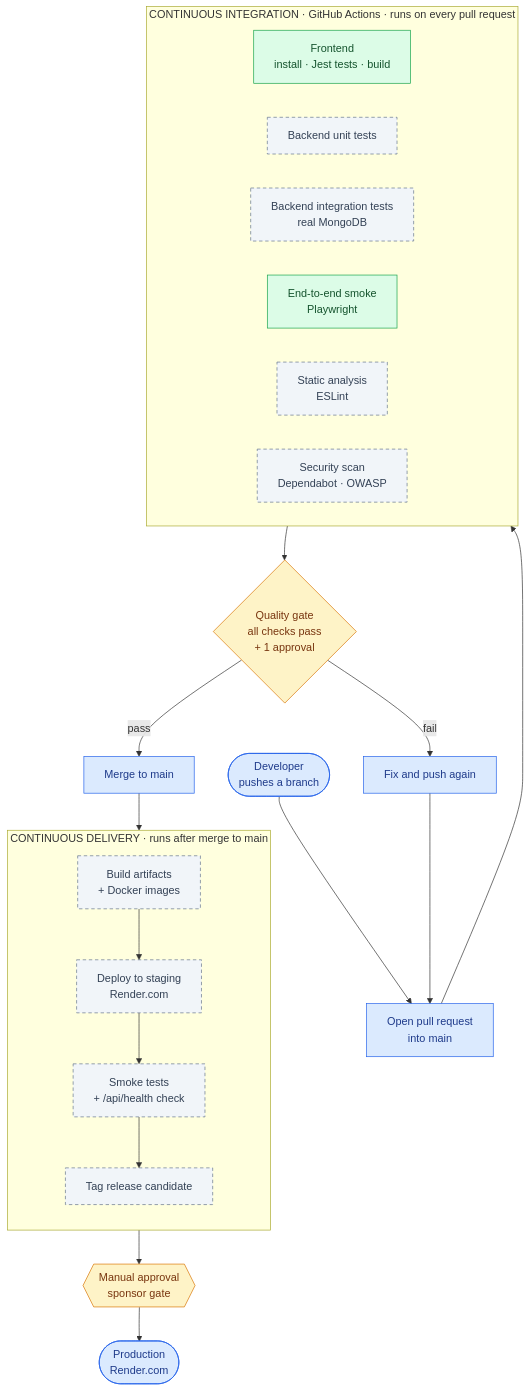
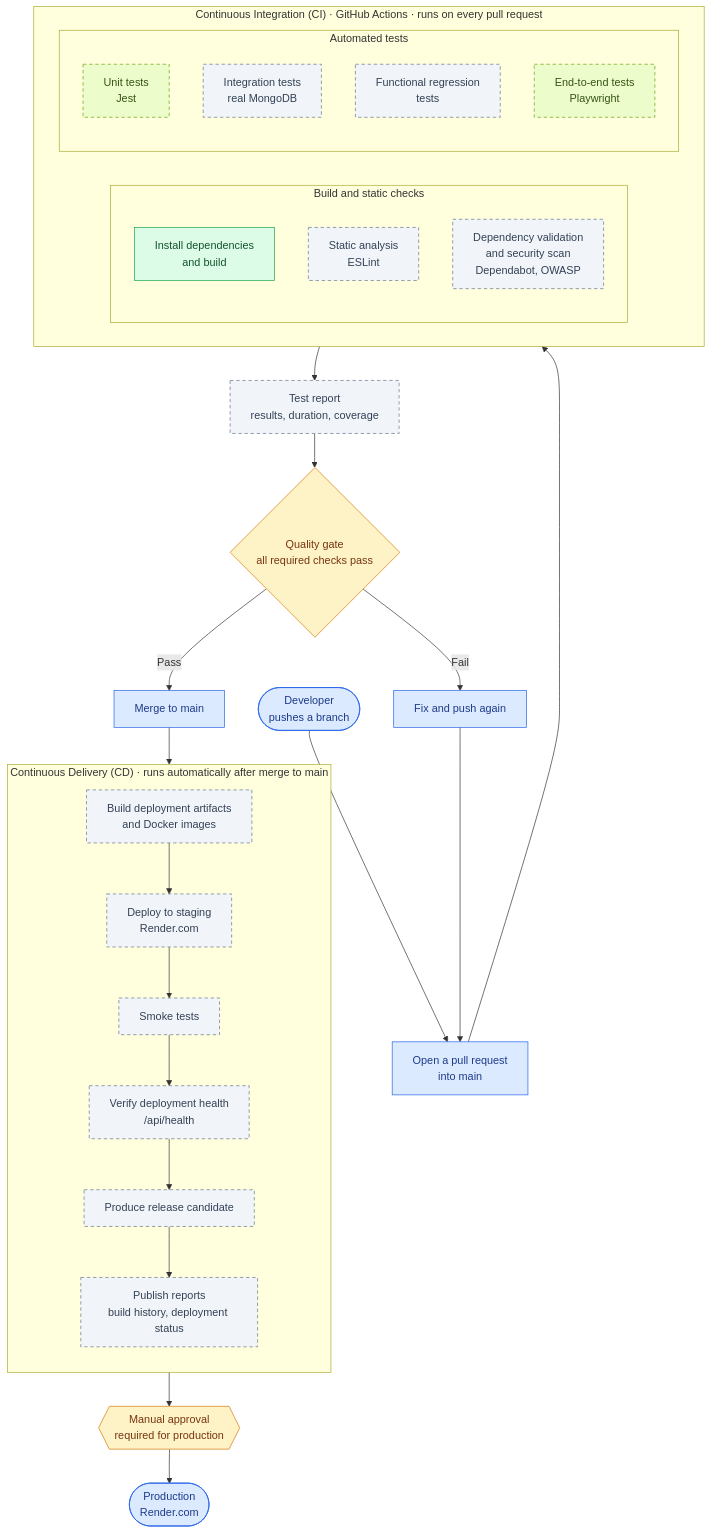
The diagram in README.md (IT7993-FALL-2026-PEERS/ProjectPeerEvaluation), drawn with Mermaid before and after one commit. The commit also changed other lines of this file, not shown here.

Commit message:
README: complete the CI/CD diagram per the sponsor's requirements, drop the approval rule, fix capitalization

````diff
--- a/README.md
+++ b/README.md
@@ -53,43 +55,55 @@
 ```mermaid
 flowchart TB
-    DEV(["Developer<br/>pushes a branch"]) --> PR["Open pull request<br/>into main"]
+    DEV(["Developer<br/>pushes a branch"]) --> PR["Open a pull request<br/>into main"]
 
-    subgraph CI["CONTINUOUS INTEGRATION · GitHub Actions · runs on every pull request"]
+    subgraph CI["Continuous Integration (CI) · GitHub Actions · runs on every pull request"]
         direction LR
-        FE["Frontend<br/>install · Jest tests · build"]
-        BEU["Backend unit tests"]
-        BEI["Backend integration tests<br/>real MongoDB"]
-        E2E["End-to-end smoke<br/>Playwright"]
-        LINT["Static analysis<br/>ESLint"]
-        SEC["Security scan<br/>Dependabot · OWASP"]
+        subgraph STATIC["Build and static checks"]
+            direction TB
+            BUILD_APP["Install dependencies<br/>and build"]
+            LINT["Static analysis<br/>ESLint"]
+            SEC["Dependency validation<br/>and security scan<br/>Dependabot, OWASP"]
+        end
+        subgraph TESTS["Automated tests"]
+            direction TB
+            UNIT["Unit tests<br/>Jest"]
+            INTEG["Integration tests<br/>real MongoDB"]
+            REG["Functional regression<br/>tests"]
+            E2E["End-to-end tests<br/>Playwright"]
+        end
     end
 
     PR --> CI
-    CI --> GATE{"Quality gate<br/>all checks pass<br/>+ 1 approval"}
-    GATE -- "fail" --> FIX["Fix and push again"]
+    CI --> REPORT["Test report<br/>results, duration, coverage"]
+    REPORT --> GATE{"Quality gate<br/>all required checks pass"}
+    GATE -- "Fail" --> FIX["Fix and push again"]
     FIX --> PR
-    GATE -- "pass" --> MERGE["Merge to main"]
+    GATE -- "Pass" --> MERGE["Merge to main"]
 
-    subgraph CD["CONTINUOUS DELIVERY · runs after merge to main"]
+    subgraph CD["Continuous Delivery (CD) · runs automatically after merge to main"]
         direction TB
-        BUILD["Build artifacts<br/>+ Docker images"]
+        ARTIFACTS["Build deployment artifacts<br/>and Docker images"]
         STG["Deploy to staging<br/>Render.com"]
-        SMOKE["Smoke tests<br/>+ /api/health check"]
-        RC["Tag release candidate"]
-        BUILD --> STG --> SMOKE --> RC
+        SMOKE["Smoke tests"]
+        HEALTH["Verify deployment health<br/>/api/health"]
+        RC["Produce release candidate"]
+        DREPORT["Publish reports<br/>build history, deployment status"]
+        ARTIFACTS --> STG --> SMOKE --> HEALTH --> RC --> DREPORT
     end
 
-    MERGE --> BUILD
-    RC --> APPROVE{{"Manual approval<br/>sponsor gate"}}
+    MERGE --> ARTIFACTS
+    DREPORT --> APPROVE{{"Manual approval<br/>required for production"}}
     APPROVE --> PROD(["Production<br/>Render.com"])
 
     classDef done fill:#dcfce7,stroke:#16a34a,color:#14532d
+    classDef partial fill:#ecfccb,stroke:#65a30d,color:#365314,stroke-dasharray: 5 4
     classDef planned fill:#f1f5f9,stroke:#64748b,color:#334155,stroke-dasharray: 5 4
     classDef gate fill:#fef3c7,stroke:#d97706,color:#78350f
     classDef endpoint fill:#dbeafe,stroke:#2563eb,color:#1e3a8a
 
-    class FE,E2E done
-    class BEU,BEI,LINT,SEC,BUILD,STG,SMOKE,RC planned
+    class BUILD_APP done
+    class UNIT,E2E partial
+    class LINT,SEC,INTEG,REG,REPORT,ARTIFACTS,STG,SMOKE,HEALTH,RC,DREPORT planned
     class GATE,APPROVE gate
     class DEV,PROD,PR,MERGE,FIX endpoint
 ```
````
